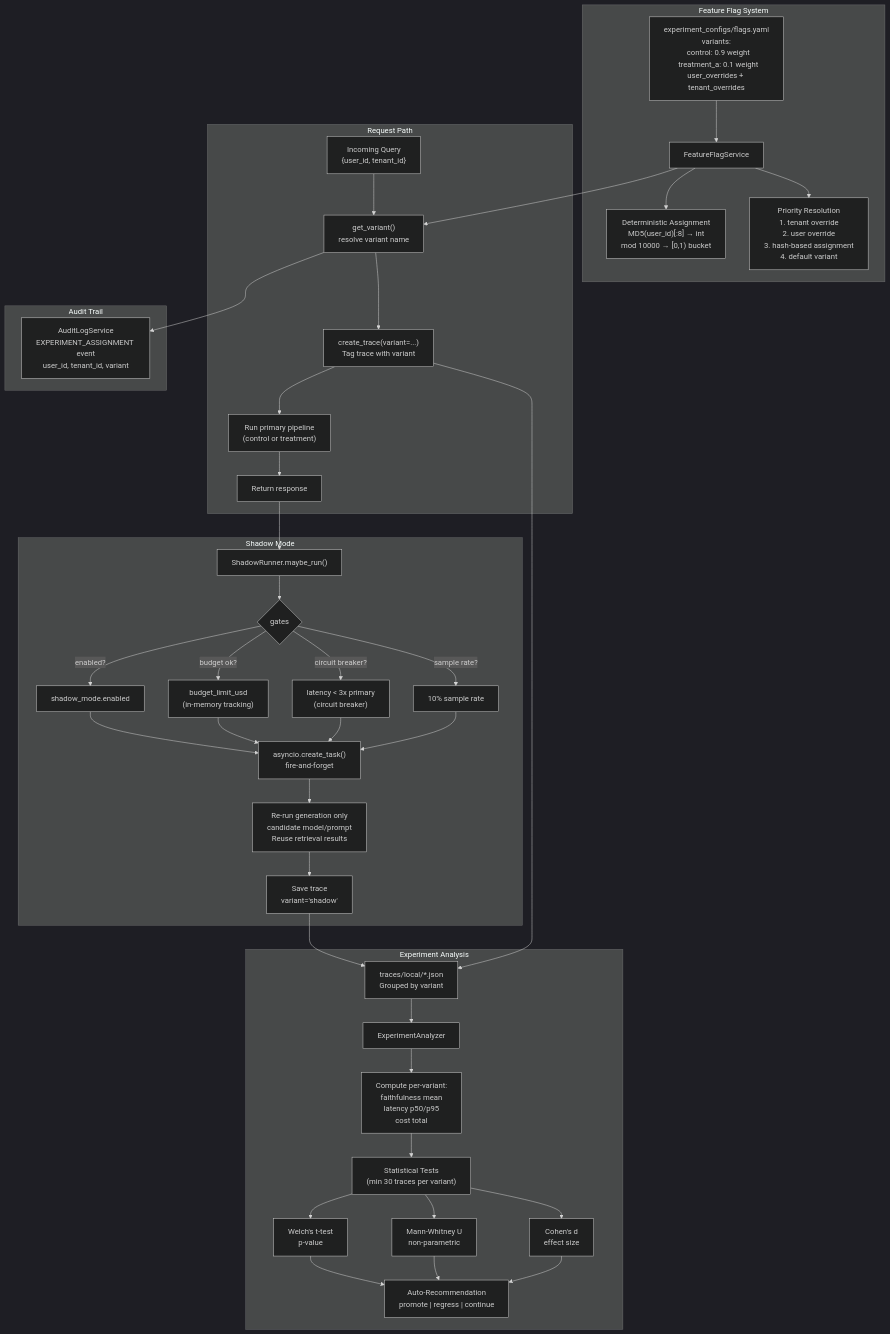
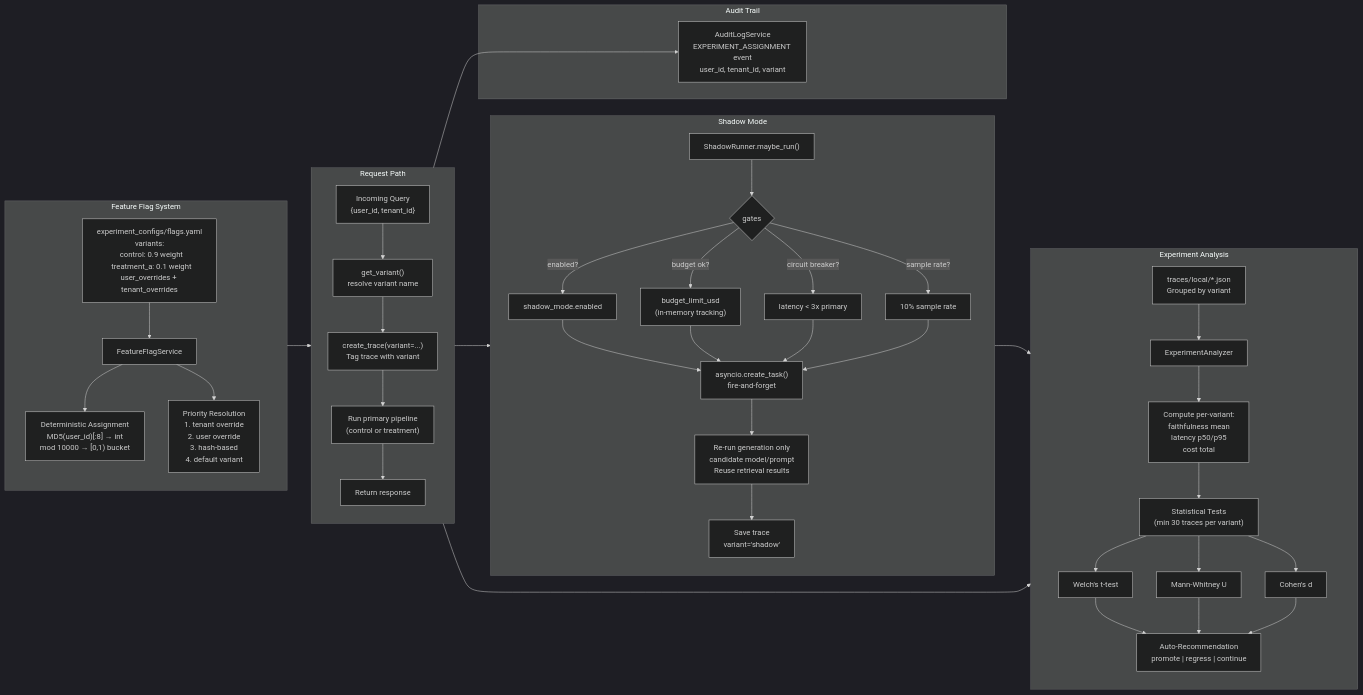
Before and after one commit to musicofhel/enterprise-pipeline: the sixth of 6 diagrams in ARCHITECTURE.md, drawn with Mermaid (dark theme). The commit also changed other lines of this file and 1 other file, not shown here.

First line of the commit message:
Switch architecture diagrams to LR layout for horizontal readability

````diff
--- a/ARCHITECTURE.md
+++ b/ARCHITECTURE.md
@@ -333,50 +402,57 @@
 ```mermaid
-flowchart TD
-    subgraph "Feature Flag System"
+---
+config:
+  flowchart:
+    useMaxWidth: true
+---
+flowchart LR
+    subgraph FLAGS["Feature Flag System"]
+        direction TB
         CONFIG["experiment_configs/flags.yaml\nvariants:\n  control: 0.9 weight\n  treatment_a: 0.1 weight\nuser_overrides + tenant_overrides"]
         CONFIG --> FFS["FeatureFlagService"]
         FFS --> HASH["Deterministic Assignment\nMD5(user_id)[:8] → int\nmod 10000 → [0,1) bucket"]
-        FFS --> OVERRIDE["Priority Resolution\n1. tenant override\n2. user override\n3. hash-based assignment\n4. default variant"]
+        FFS --> OVERRIDE["Priority Resolution\n1. tenant override\n2. user override\n3. hash-based\n4. default variant"]
     end
 
-    subgraph "Request Path"
+    subgraph REQUEST["Request Path"]
+        direction TB
         REQ["Incoming Query\n{user_id, tenant_id}"] --> RESOLVE["get_variant()\nresolve variant name"]
         RESOLVE --> TRACE["create_trace(variant=...)\nTag trace with variant"]
         TRACE --> PIPELINE["Run primary pipeline\n(control or treatment)"]
         PIPELINE --> RESPONSE["Return response"]
     end
 
-    subgraph "Shadow Mode"
-        RESPONSE --> SHADOW["ShadowRunner.maybe_run()"]
+    subgraph SHADOW_MODE["Shadow Mode"]
+        direction TB
+        SHADOW["ShadowRunner.maybe_run()"]
         SHADOW --> CHECKS{gates}
-        CHECKS -->|"enabled?"| EN
-        CHECKS -->|"budget ok?"| BUD
-        CHECKS -->|"circuit breaker?"| CB
-        CHECKS -->|"sample rate?"| SR
-        EN["shadow_mode.enabled"] --> FIRE
-        BUD["budget_limit_usd\n(in-memory tracking)"] --> FIRE
-        CB["latency < 3x primary\n(circuit breaker)"] --> FIRE
-        SR["10% sample rate"] --> FIRE
-        FIRE["asyncio.create_task()\nfire-and-forget"]
+        CHECKS -->|"enabled?"| EN["shadow_mode.enabled"]
+        CHECKS -->|"budget ok?"| BUD["budget_limit_usd\n(in-memory tracking)"]
+        CHECKS -->|"circuit breaker?"| CB["latency < 3x primary"]
+        CHECKS -->|"sample rate?"| SR["10% sample rate"]
+        EN & BUD & CB & SR --> FIRE["asyncio.create_task()\nfire-and-forget"]
         FIRE --> SHADOW_GEN["Re-run generation only\ncandidate model/prompt\nReuse retrieval results"]
         SHADOW_GEN --> SHADOW_TRACE["Save trace\nvariant='shadow'"]
     end
 
-    subgraph "Experiment Analysis"
+    subgraph ANALYSIS["Experiment Analysis"]
+        direction TB
         TRACES_DIR["traces/local/*.json\nGrouped by variant"] --> ANALYZER["ExperimentAnalyzer"]
         ANALYZER --> METRICS["Compute per-variant:\nfaithfulness mean\nlatency p50/p95\ncost total"]
         METRICS --> STATS["Statistical Tests\n(min 30 traces per variant)"]
-        STATS --> TTEST["Welch's t-test\np-value"]
-        STATS --> MANN["Mann-Whitney U\nnon-parametric"]
-        STATS --> COHEN["Cohen's d\neffect size"]
+        STATS --> TTEST["Welch's t-test"]
+        STATS --> MANN["Mann-Whitney U"]
+        STATS --> COHEN["Cohen's d"]
         TTEST & MANN & COHEN --> REC["Auto-Recommendation\npromote | regress | continue"]
     end
 
-    subgraph "Audit Trail"
-        RESOLVE --> AUDIT["AuditLogService\nEXPERIMENT_ASSIGNMENT event\nuser_id, tenant_id, variant"]
+    subgraph AUDIT_TRAIL["Audit Trail"]
+        AUDIT["AuditLogService\nEXPERIMENT_ASSIGNMENT event\nuser_id, tenant_id, variant"]
     end
 
     FFS --> RESOLVE
+    RESPONSE --> SHADOW
+    RESOLVE --> AUDIT
     SHADOW_TRACE --> TRACES_DIR
     TRACE --> TRACES_DIR
 ```
````
